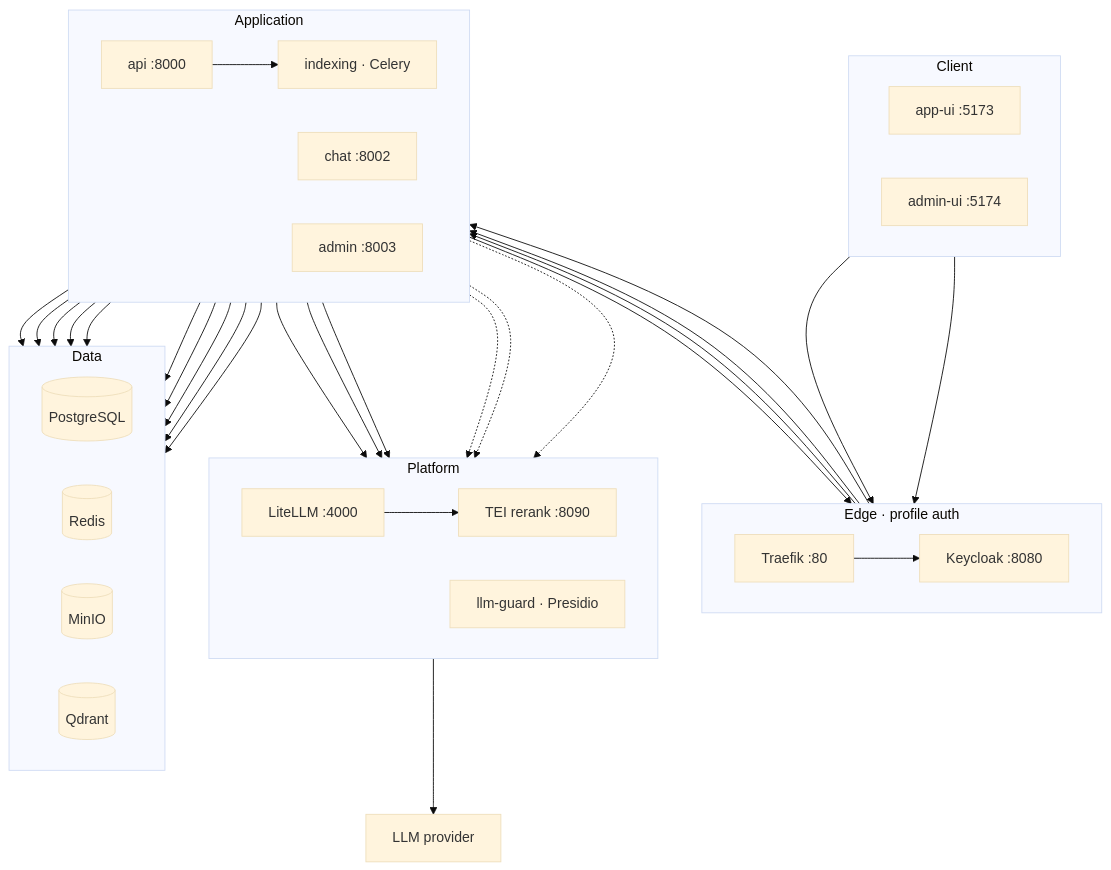
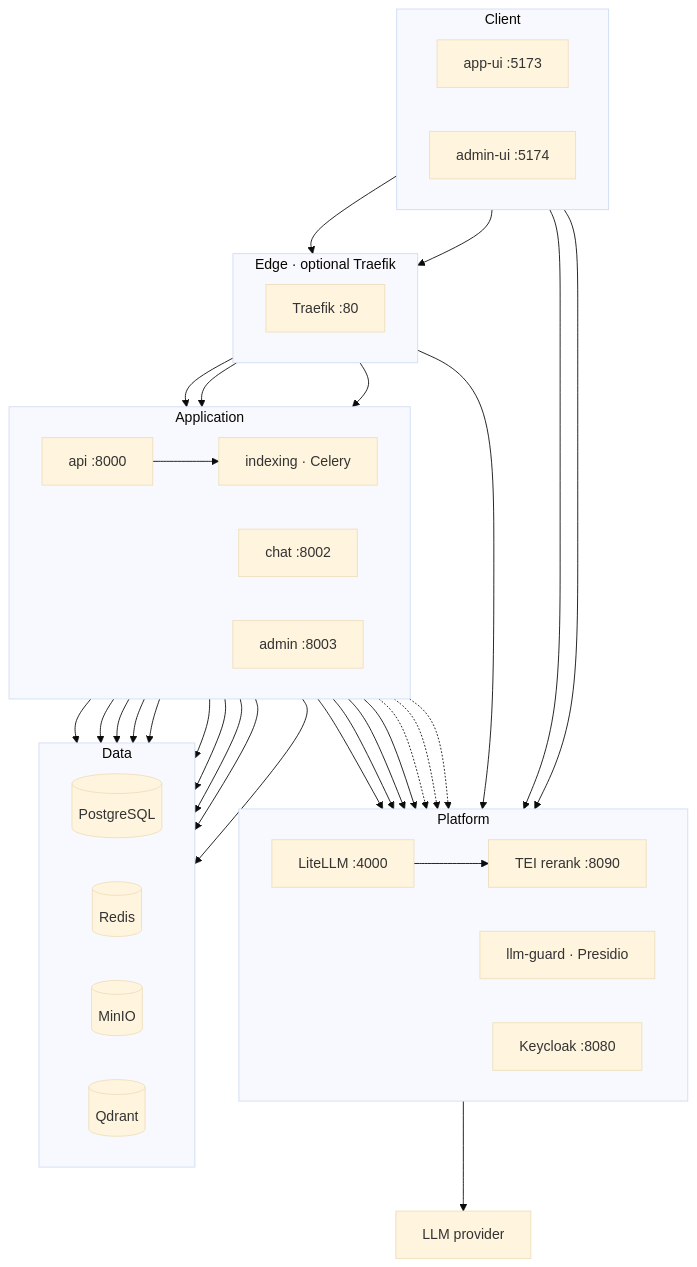
The second of 5 diagrams in docs/architecture.md (krlybnd/squint-genai), drawn with Mermaid (base theme) before and after one commit. The commit also changed other lines of this file and 69 other files, not shown here.

````diff
--- a/docs/architecture.md
+++ b/docs/architecture.md
@@ -29,68 +29,70 @@
 ```mermaid
 flowchart TB
     subgraph client [Client]
         direction LR
         frontend["app-ui :5173"]
         admin_ui["admin-ui :5174"]
     end
 
-    subgraph edge ["Edge · profile auth"]
+    subgraph edge ["Edge · optional Traefik"]
         direction LR
         traefik["Traefik :80"]
-        keycloak["Keycloak :8080"]
     end
 
     subgraph app [Application]
         direction LR
         api["api :8000"]
         chat["chat :8002"]
         admin["admin :8003"]
         indexing["indexing · Celery"]
     end
 
     subgraph platform [Platform]
         direction LR
         litellm["LiteLLM :4000"]
         rerank["TEI rerank :8090"]
         guard["llm-guard · Presidio"]
+        keycloak["Keycloak :8080"]
     end
 
     subgraph data [Data]
         direction LR
         postgres[("PostgreSQL")]
         redis[("Redis")]
         minio[("MinIO")]
         qdrant[("Qdrant")]
     end
 
     ext["LLM provider"]
 
     frontend --> traefik
+    frontend --> keycloak
     admin_ui --> traefik
+    admin_ui --> keycloak
     traefik --> api
     traefik --> chat
     traefik --> admin
     traefik --> keycloak
     admin --> keycloak
 
     api --> indexing
     chat --> qdrant
     api --> qdrant
     indexing --> qdrant
     api --> postgres
     chat --> postgres
     indexing --> postgres
     api --> redis
     indexing --> redis
     api --> minio
     indexing --> minio
     chat --> litellm
     api --> litellm
     indexing --> litellm
     litellm --> rerank
     litellm --> ext
 
     chat -.-> guard
     api -.-> guard
     indexing -.-> guard
 ```
````
